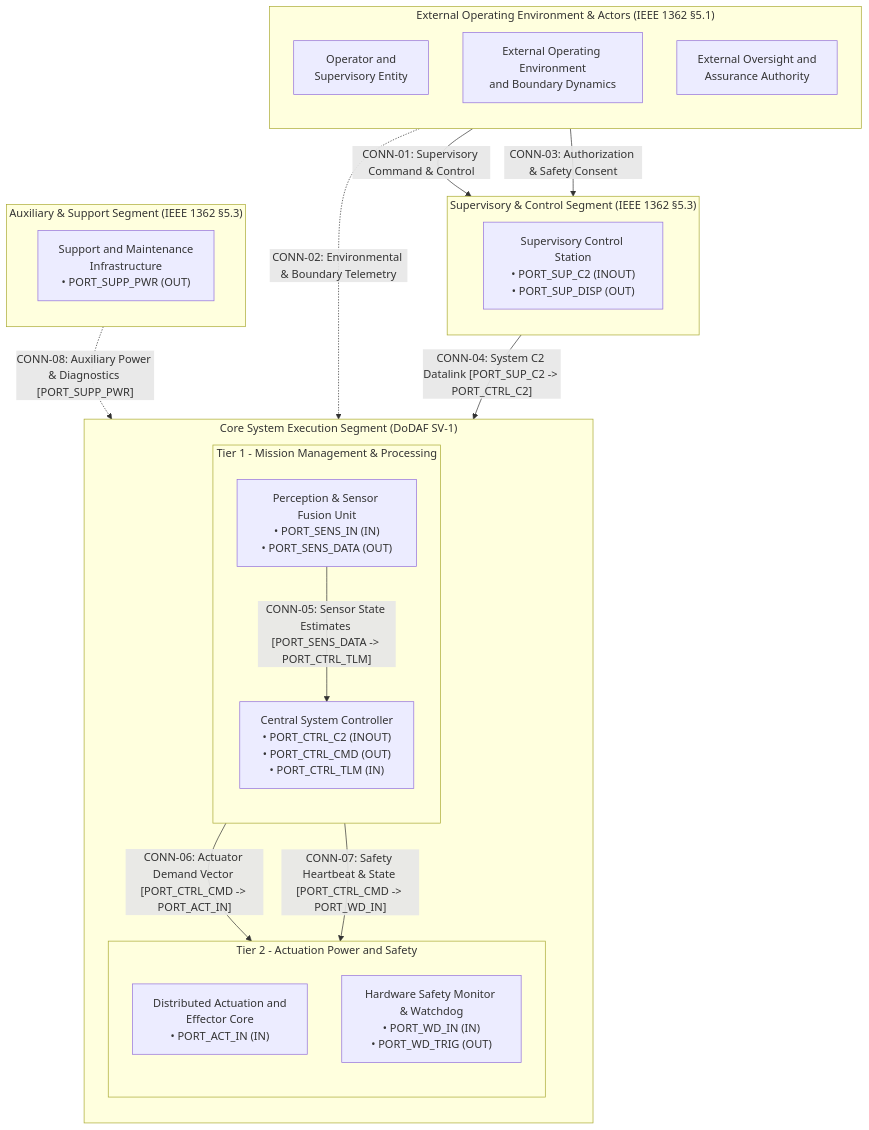
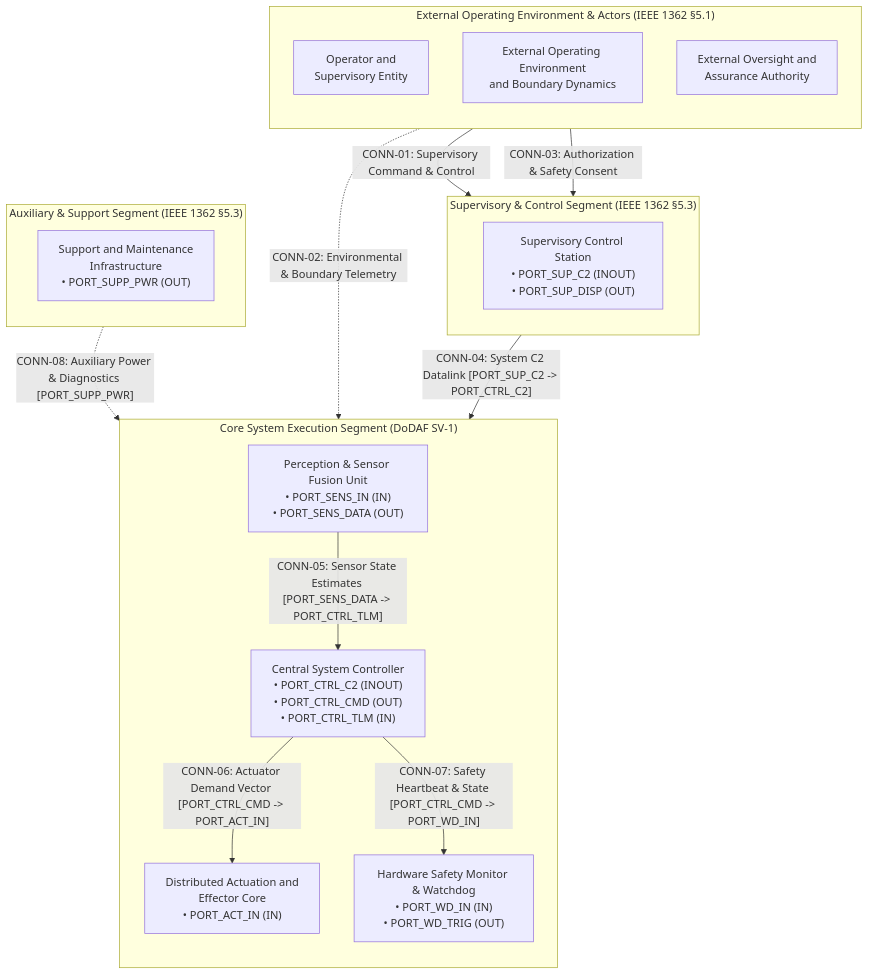
The diagram in docs/architecture/views/sv1_super_system.mmd (gintatkinson/DEAP01-spec-core), drawn with Mermaid before and after one commit. The commit also changed 7 other files, not shown here.

Commit message:
fix(diagrams,skills): decompose monolithic SV-1 flowchart edge routing across subgraphs (refs #277)

```diff
--- a/docs/architecture/views/sv1_super_system.mmd
+++ b/docs/architecture/views/sv1_super_system.mmd
@@ -1,50 +1,41 @@
 flowchart TD
     subgraph External_Actors["External Operating Environment & Actors (IEEE 1362 §5.1)"]
         direction TB
         Operator["Operator and<br/>Supervisory Entity"]
         Environment["External Operating Environment<br/>and Boundary Dynamics"]
         ExternalAuthority["External Oversight and<br/>Assurance Authority"]
     end
 
     subgraph Supervisory_Segment["Supervisory & Control Segment (IEEE 1362 §5.3)"]
         direction TB
         SupervisoryStation["Supervisory Control Station<br/>• PORT_SUP_C2 (INOUT)<br/>• PORT_SUP_DISP (OUT)"]
     end
 
     subgraph Core_Execution_Segment["Core System Execution Segment (DoDAF SV-1)"]
         direction TB
-        subgraph Core_Tier1["Tier 1 - Mission Management & Processing"]
-            direction TB
-            SystemController["Central System Controller<br/>• PORT_CTRL_C2 (INOUT)<br/>• PORT_CTRL_CMD (OUT)<br/>• PORT_CTRL_TLM (IN)"]
-            SensorFusion["Perception & Sensor Fusion Unit<br/>• PORT_SENS_IN (IN)<br/>• PORT_SENS_DATA (OUT)"]
-        end
-
-        subgraph Core_Tier2["Tier 2 - Actuation Power and Safety"]
-            direction TB
-            ActuationCore["Distributed Actuation and<br/>Effector Core<br/>• PORT_ACT_IN (IN)"]
-            SafetyWatchdog["Hardware Safety Monitor & Watchdog<br/>• PORT_WD_IN (IN)<br/>• PORT_WD_TRIG (OUT)"]
-        end
-
-        Core_Tier1 ~~~ Core_Tier2
+        SystemController["Central System Controller<br/>• PORT_CTRL_C2 (INOUT)<br/>• PORT_CTRL_CMD (OUT)<br/>• PORT_CTRL_TLM (IN)"]
+        SensorFusion["Perception & Sensor Fusion Unit<br/>• PORT_SENS_IN (IN)<br/>• PORT_SENS_DATA (OUT)"]
+        ActuationCore["Distributed Actuation and<br/>Effector Core<br/>• PORT_ACT_IN (IN)"]
+        SafetyWatchdog["Hardware Safety Monitor & Watchdog<br/>• PORT_WD_IN (IN)<br/>• PORT_WD_TRIG (OUT)"]
     end
 
     subgraph Support_Segment["Auxiliary & Support Segment (IEEE 1362 §5.3)"]
         direction TB
         SupportEquipment["Support and Maintenance<br/>Infrastructure<br/>• PORT_SUPP_PWR (OUT)"]
     end
 
     External_Actors ~~~ Supervisory_Segment
     Supervisory_Segment ~~~ Core_Execution_Segment
     Core_Execution_Segment ~~~ Support_Segment
 
     %% External Interface Connections
     Operator -->|"CONN-01: Supervisory Command & Control"| SupervisoryStation
     Environment -.->|"CONN-02: Environmental & Boundary Telemetry"| SensorFusion
     ExternalAuthority -->|"CONN-03: Authorization & Safety Consent"| SupervisoryStation
 
     %% Segment Inter-Connects (Item Flows)
     SupervisoryStation -->|"CONN-04: System C2 Datalink [PORT_SUP_C2 -> PORT_CTRL_C2]"| SystemController
     SensorFusion -->|"CONN-05: Sensor State Estimates [PORT_SENS_DATA -> PORT_CTRL_TLM]"| SystemController
     SystemController -->|"CONN-06: Actuator Demand Vector [PORT_CTRL_CMD -> PORT_ACT_IN]"| ActuationCore
     SystemController -->|"CONN-07: Safety Heartbeat & State [PORT_CTRL_CMD -> PORT_WD_IN]"| SafetyWatchdog
-    SupportEquipment -.->|"CONN-08: Auxiliary Power & Diagnostics [PORT_SUPP_PWR]"| Core_Execution_Segment
+    SupportEquipment -.->|"CONN-08: Auxiliary Power & Diagnostics [PORT_SUPP_PWR]"| SystemController
```
